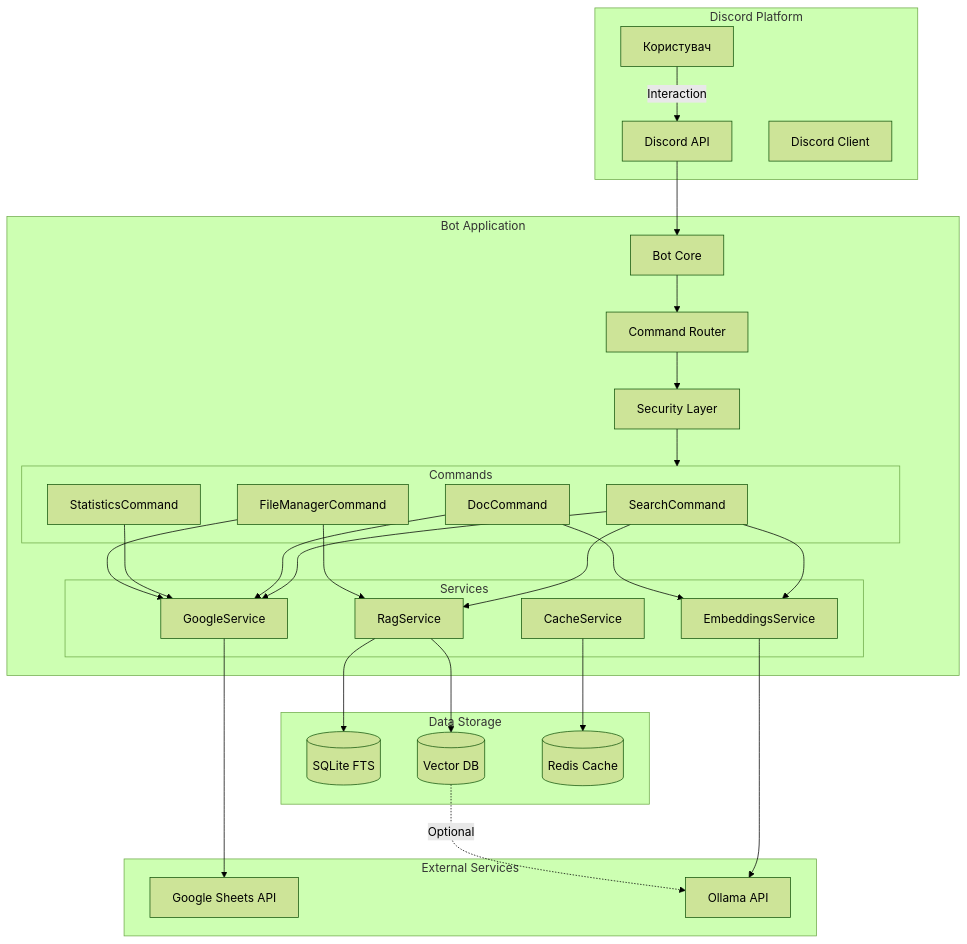
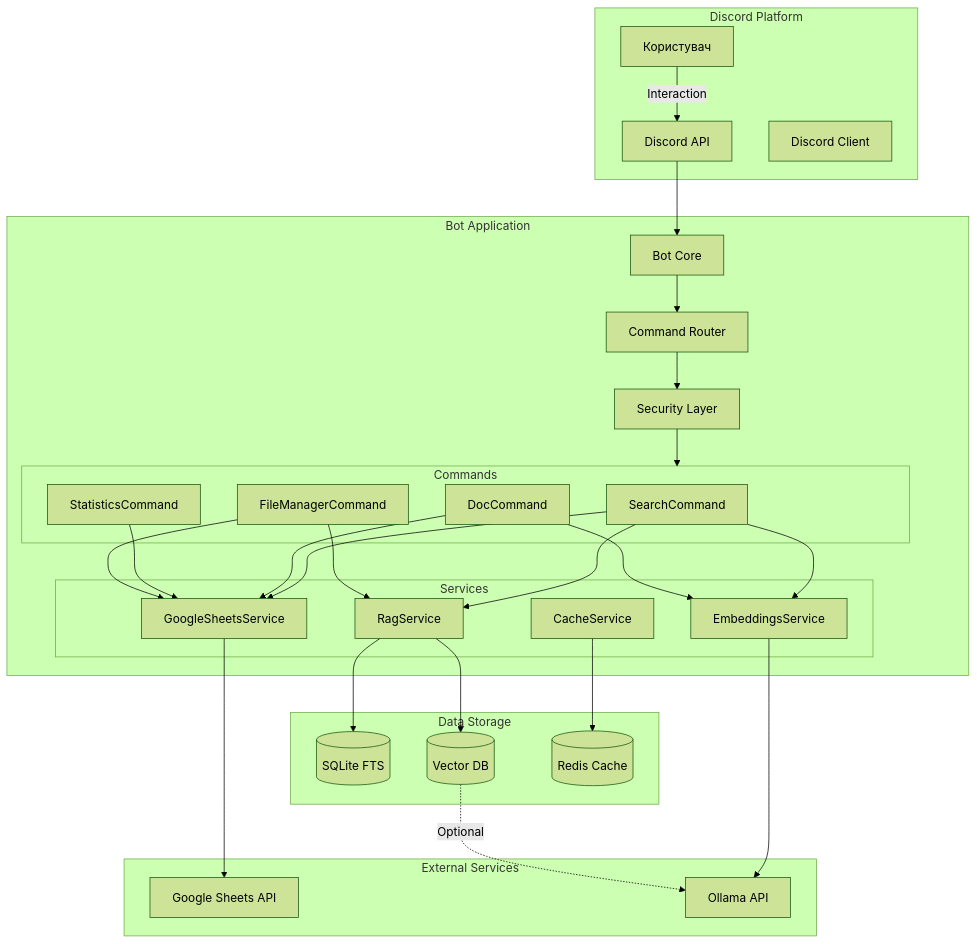
One commit to Dmitze/BotDiscordGodzilla changed the diagram in docs/ARCHITECTURE.md. Above: the diagram before and after it, drawn with Mermaid (forest theme). The commit also changed other lines of this file and 4 other files, not shown here.

Commit message:
docs: Оновлено архітектуру та API після додавання Google Docs/Sheets

````diff
--- a/docs/ARCHITECTURE.md
+++ b/docs/ARCHITECTURE.md
@@ -19,57 +19,57 @@
 ```mermaid
 graph TB
     subgraph "Discord Platform"
         U[Користувач]
         D[Discord API]
         C[Discord Client]
     end
     
     subgraph "Bot Application"
         B[Bot Core]
         R[Command Router]
         S[Security Layer]
         
         subgraph "Commands"
             SC1[SearchCommand]
             SC2[DocCommand]
             SC3[StatisticsCommand]
             SC4[FileManagerCommand]
         end
         
         subgraph "Services"
-            SV1[GoogleService]
+            SV1[GoogleSheetsService]
             SV2[EmbeddingsService]
             SV3[RagService]
             SV4[CacheService]
         end
     end
     
     subgraph "Data Storage"
         DS1[(SQLite FTS)]
         DS2[(Vector DB)]
         DS3[(Redis Cache)]
     end
     
     subgraph "External Services"
         G[Google Sheets API]
         O[Ollama API]
     end
     
     U -->|Interaction| D
     D --> B
     B --> R
     R --> S
     S --> Commands
     
     SC1 --> SV1 & SV2 & SV3
     SC2 --> SV1 & SV2
     SC3 --> SV1
     SC4 --> SV1 & SV3
     
     SV1 --> G
     SV2 --> O
     SV3 --> DS1 & DS2
     SV4 --> DS3
     
     DS2 -.->|Optional| O
 ```
````
